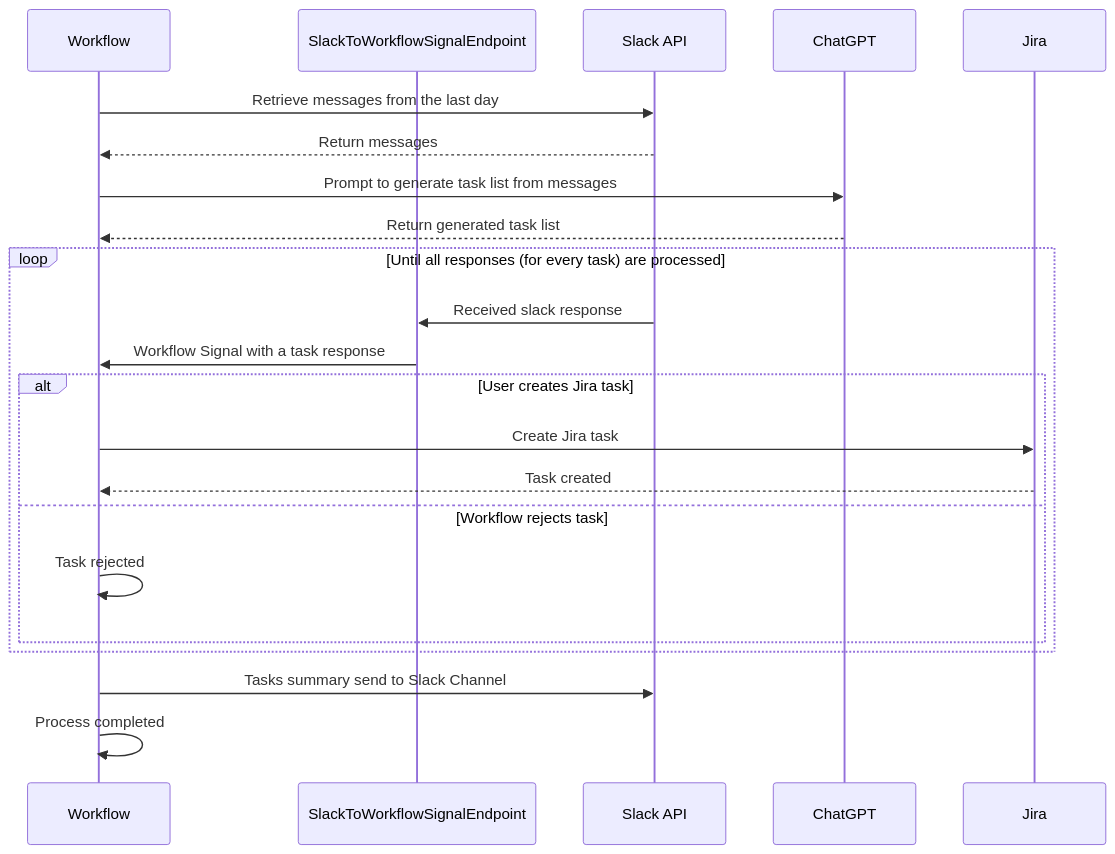
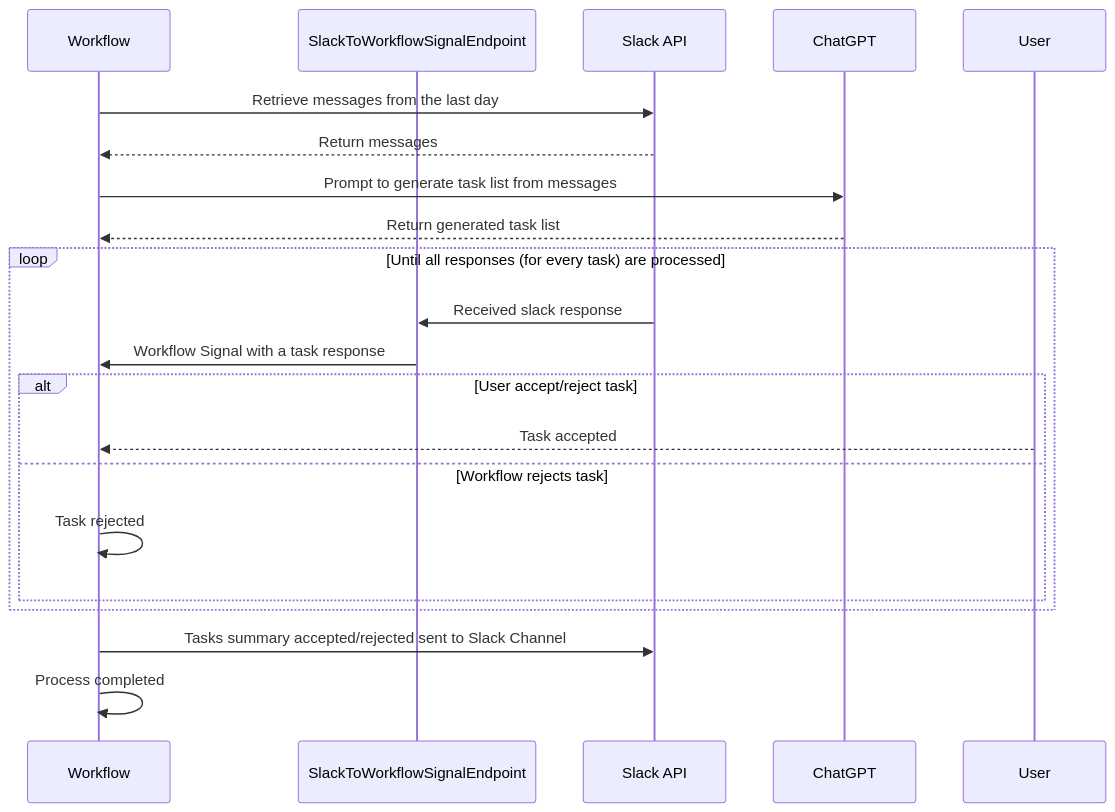
Before and after one commit to jatarifa-masmovil/intelligent-slack-agenda: the diagram in README.md, drawn with Mermaid. The commit also changed other lines of this file, not shown here.

Commit message:
readme change

````diff
--- a/README.md
+++ b/README.md
@@ -31,24 +31,23 @@
 ```mermaid 
 sequenceDiagram
     participant Workflow
     participant SlackToWorkflowSignalEndpoint
     participant Slack API
     participant ChatGPT
-    participant Jira
+    participant User
     Workflow ->> Slack API: Retrieve messages from the last day
     Slack API -->> Workflow: Return messages
     Workflow ->> ChatGPT: Prompt to generate task list from messages
     ChatGPT -->> Workflow: Return generated task list
     loop Until all responses (for every task) are processed
         Slack API ->> SlackToWorkflowSignalEndpoint: Received slack response
         SlackToWorkflowSignalEndpoint ->> Workflow: Workflow Signal with a task response
-        alt User creates Jira task
-            Workflow ->> Jira: Create Jira task
-            Jira -->> Workflow: Task created
+        alt User accept/reject task
+            User -->> Workflow: Task accepted
         else Workflow rejects task
             Workflow ->> Workflow: Task rejected
         end
     end
-    Workflow ->> Slack API: Tasks summary send to Slack Channel
+    Workflow ->> Slack API: Tasks summary accepted/rejected sent to Slack Channel
     Workflow ->> Workflow: Process completed
 ```
````
